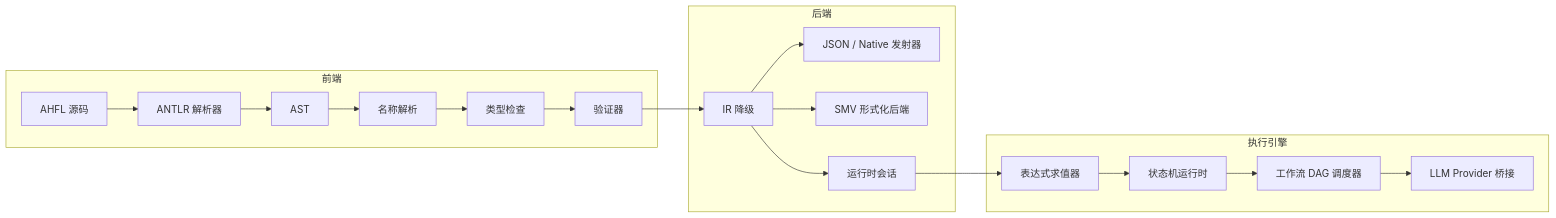
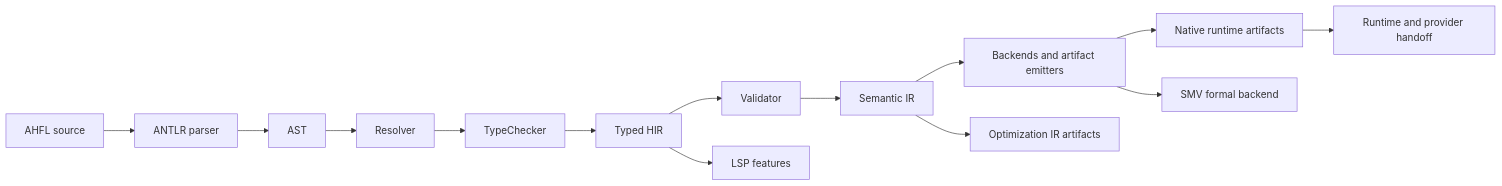
Before and after one commit to Zzzode/AHFL: the diagram in README.zh.md, drawn with Mermaid. The commit also changed other lines of this file and 1 other file, not shown here.

````diff
--- a/README.zh.md
+++ b/README.zh.md
@@ -91,22 +127,16 @@
 ```mermaid
 flowchart LR
-    subgraph 前端
-        A[AHFL 源码] --> B[ANTLR 解析器]
-        B --> C[AST]
-        C --> D[名称解析]
-        D --> E[类型检查]
-        E --> F[验证器]
-    end
-    subgraph 后端
-        F --> G[IR 降级]
-        G --> H[JSON / Native 发射器]
-        G --> I[SMV 形式化后端]
-        G --> J[运行时会话]
-    end
-    subgraph 执行引擎
-        J --> K[表达式求值器]
-        K --> L[状态机运行时]
-        L --> M[工作流 DAG 调度器]
-        M --> N[LLM Provider 桥接]
-    end
+    Source[AHFL source] --> Parse[ANTLR parser]
+    Parse --> AST[AST]
+    AST --> Resolve[Resolver]
+    Resolve --> Typecheck[TypeChecker]
+    Typecheck --> TypedHIR[Typed HIR]
+    TypedHIR --> Validate[Validator]
+    Validate --> IR[Semantic IR]
+    IR --> Backends[Backends and artifact emitters]
+    IR --> OptIR[Optimization IR artifacts]
+    Backends --> Native[Native runtime artifacts]
+    Backends --> Formal[SMV formal backend]
+    Native --> Runtime[Runtime and provider handoff]
+    TypedHIR --> LSP[LSP features]
 ```
````
